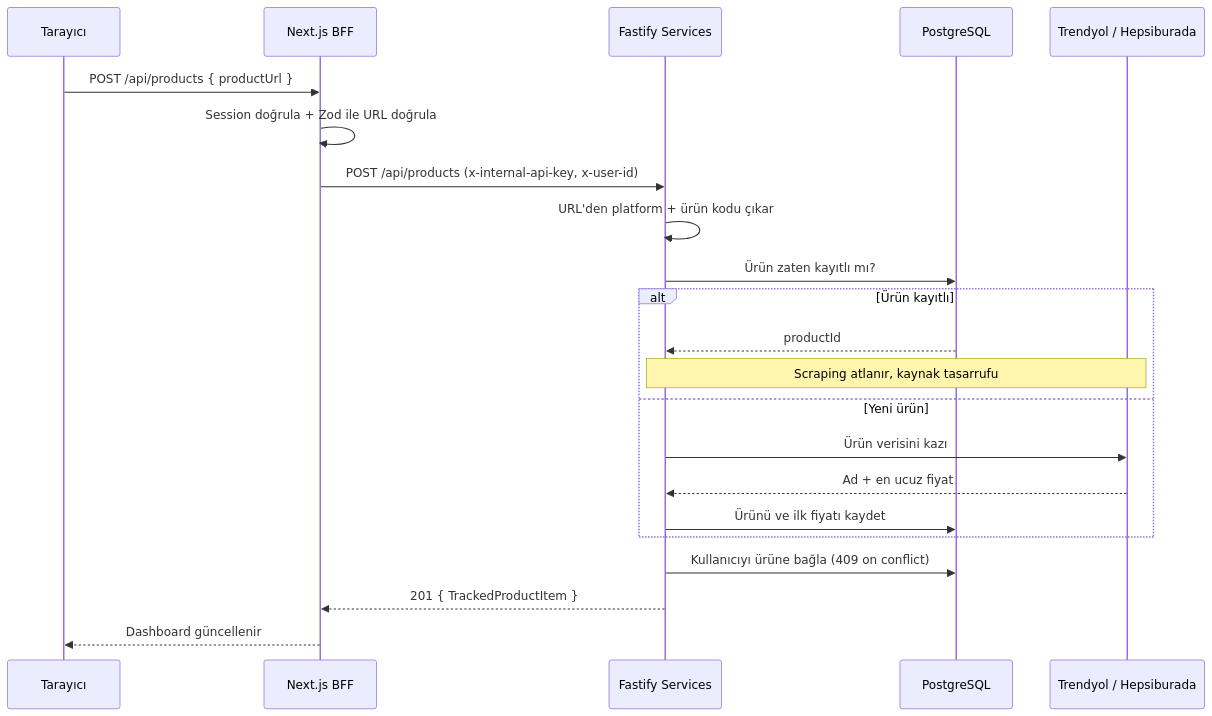
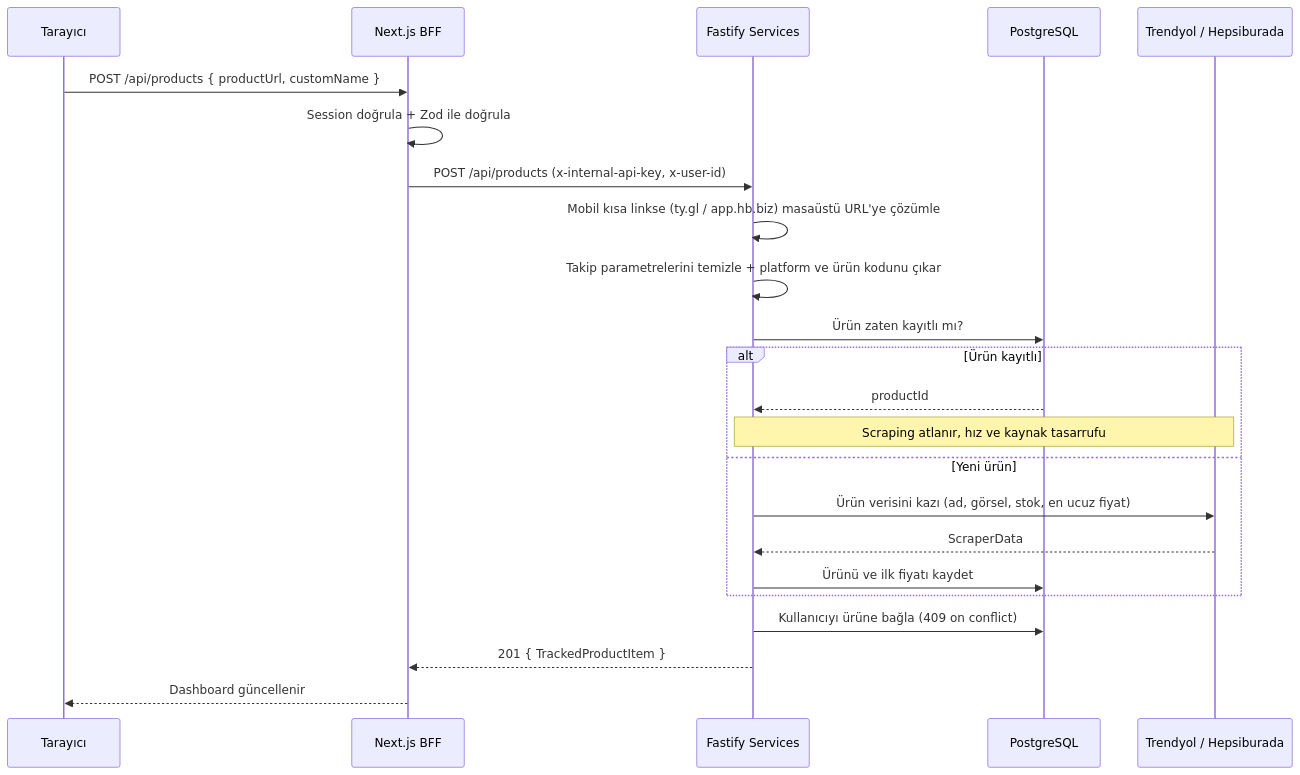
One commit to borayrdmc/Karma changed the third of 4 diagrams in README.md. Above: the diagram before and after it, drawn with Mermaid. The commit also changed other lines of this file, not shown here.

````diff
--- a/README.md
+++ b/README.md
@@ -174,25 +175,26 @@
 ```mermaid
 sequenceDiagram
     participant C as Tarayıcı
     participant W as Next.js BFF
     participant S as Fastify Services
     participant D as PostgreSQL
     participant P as Trendyol / Hepsiburada
 
-    C->>W: POST /api/products { productUrl }
-    W->>W: Session doğrula + Zod ile URL doğrula
+    C->>W: POST /api/products { productUrl, customName }
+    W->>W: Session doğrula + Zod ile doğrula
     W->>S: POST /api/products (x-internal-api-key, x-user-id)
-    S->>S: URL'den platform + ürün kodu çıkar
+    S->>S: Mobil kısa linkse (ty.gl / app.hb.biz) masaüstü URL'ye çözümle
+    S->>S: Takip parametrelerini temizle + platform ve ürün kodunu çıkar
     S->>D: Ürün zaten kayıtlı mı?
     alt Ürün kayıtlı
         D-->>S: productId
-        Note over S,P: Scraping atlanır, kaynak tasarrufu
+        Note over S,P: Scraping atlanır, hız ve kaynak tasarrufu
     else Yeni ürün
-        S->>P: Ürün verisini kazı
-        P-->>S: Ad + en ucuz fiyat
+        S->>P: Ürün verisini kazı (ad, görsel, stok, en ucuz fiyat)
+        P-->>S: ScraperData
         S->>D: Ürünü ve ilk fiyatı kaydet
     end
     S->>D: Kullanıcıyı ürüne bağla (409 on conflict)
     S-->>W: 201 { TrackedProductItem }
     W-->>C: Dashboard güncellenir
 ```
````
